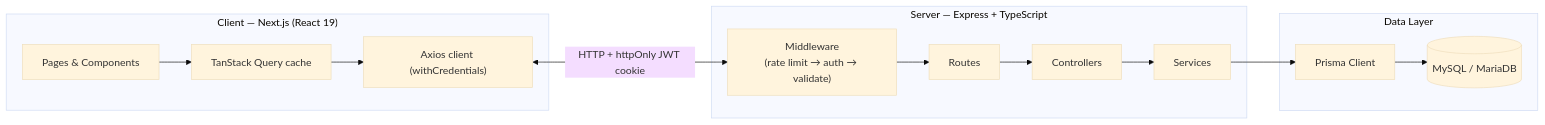
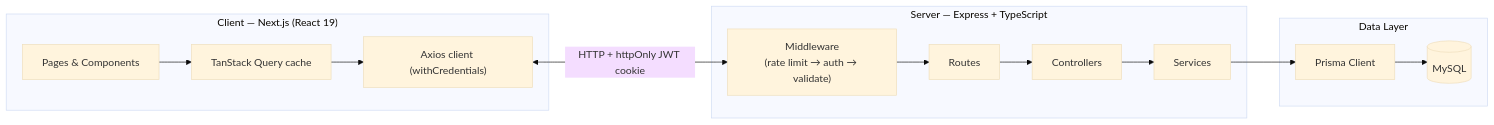
The first of 4 diagrams in README.md (RacTCode/PayFlow), drawn with Mermaid (base theme) before and after one commit. The commit also changed other lines of this file, not shown here.

````diff
--- a/README.md
+++ b/README.md
@@ -105,24 +116,24 @@
 ```mermaid
 flowchart LR
     subgraph Client["Client — Next.js (React 19)"]
         UI["Pages & Components"]
         RQ["TanStack Query cache"]
         AX["Axios client (withCredentials)"]
     end
 
     subgraph Server["Server — Express + TypeScript"]
         MW["Middleware<br/>(rate limit → auth → validate)"]
         RT["Routes"]
         CT["Controllers"]
         SV["Services"]
     end
 
     subgraph Data["Data Layer"]
         PR["Prisma Client"]
-        DB[("MySQL / MariaDB")]
+        DB[("MySQL")]
     end
 
     UI --> RQ --> AX
     AX <-- "HTTP + httpOnly JWT cookie" --> MW
     MW --> RT --> CT --> SV --> PR --> DB
 ```
````
